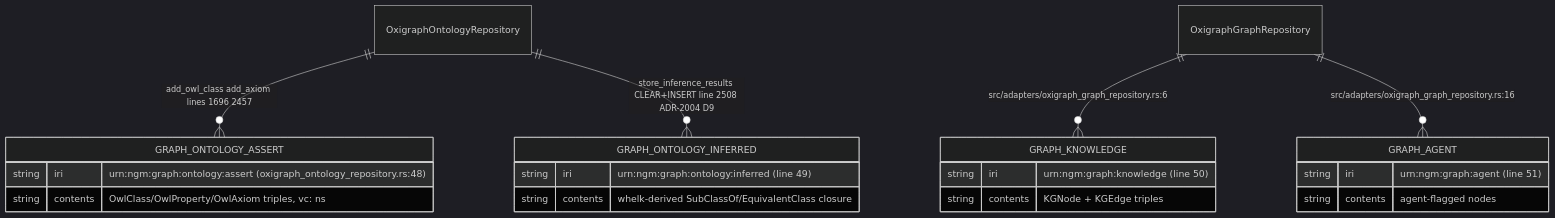
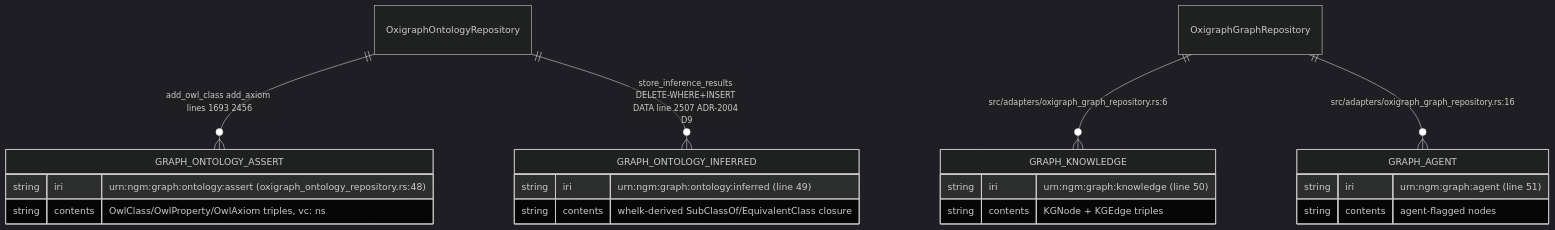
Before and after one commit to DreamLab-AI/VisionFlow: the second of 9 diagrams in docs/diagrams/visionclaw/20-ontology-pipeline-oxigraph-whelk.md, drawn with Mermaid (dark theme). The commit also changed other lines of this file and 20 other files, not shown here.

Commit message:
docs(diagrams): reflect the S-3, S-7c/d/f and S-4(3) fixes in the corpus

````diff
--- a/docs/diagrams/visionclaw/20-ontology-pipeline-oxigraph-whelk.md
+++ b/docs/diagrams/visionclaw/20-ontology-pipeline-oxigraph-whelk.md
@@ -72,23 +72,23 @@
 ```mermaid
 erDiagram
     GRAPH_ONTOLOGY_ASSERT {
         string iri "urn:ngm:graph:ontology:assert (oxigraph_ontology_repository.rs:48)"
         string contents "OwlClass/OwlProperty/OwlAxiom triples, vc: ns"
     }
     GRAPH_ONTOLOGY_INFERRED {
         string iri "urn:ngm:graph:ontology:inferred (line 49)"
         string contents "whelk-derived SubClassOf/EquivalentClass closure"
     }
     GRAPH_KNOWLEDGE {
         string iri "urn:ngm:graph:knowledge (line 50)"
         string contents "KGNode + KGEdge triples"
     }
     GRAPH_AGENT {
         string iri "urn:ngm:graph:agent (line 51)"
         string contents "agent-flagged nodes"
     }
-    OxigraphOntologyRepository ||--o{ GRAPH_ONTOLOGY_ASSERT : "add_owl_class add_axiom lines 1696 2457"
-    OxigraphOntologyRepository ||--o{ GRAPH_ONTOLOGY_INFERRED : "store_inference_results CLEAR+INSERT line 2508 ADR-2004 D9"
+    OxigraphOntologyRepository ||--o{ GRAPH_ONTOLOGY_ASSERT : "add_owl_class add_axiom lines 1693 2456"
+    OxigraphOntologyRepository ||--o{ GRAPH_ONTOLOGY_INFERRED : "store_inference_results DELETE-WHERE+INSERT DATA line 2507 ADR-2004 D9"
     OxigraphGraphRepository ||--o{ GRAPH_KNOWLEDGE : "src/adapters/oxigraph_graph_repository.rs:6"
     OxigraphGraphRepository ||--o{ GRAPH_AGENT : "src/adapters/oxigraph_graph_repository.rs:16"
 ```
````
